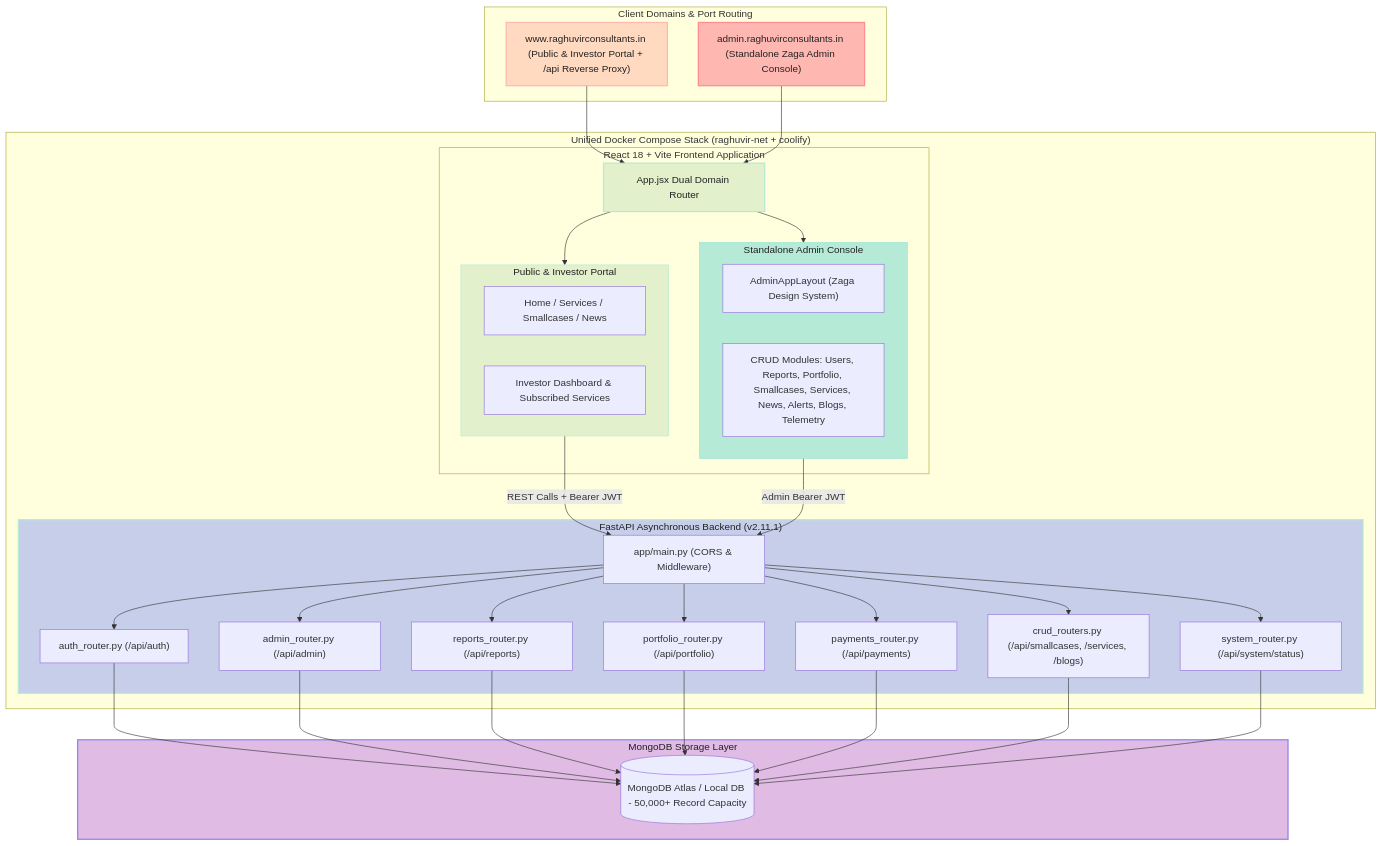
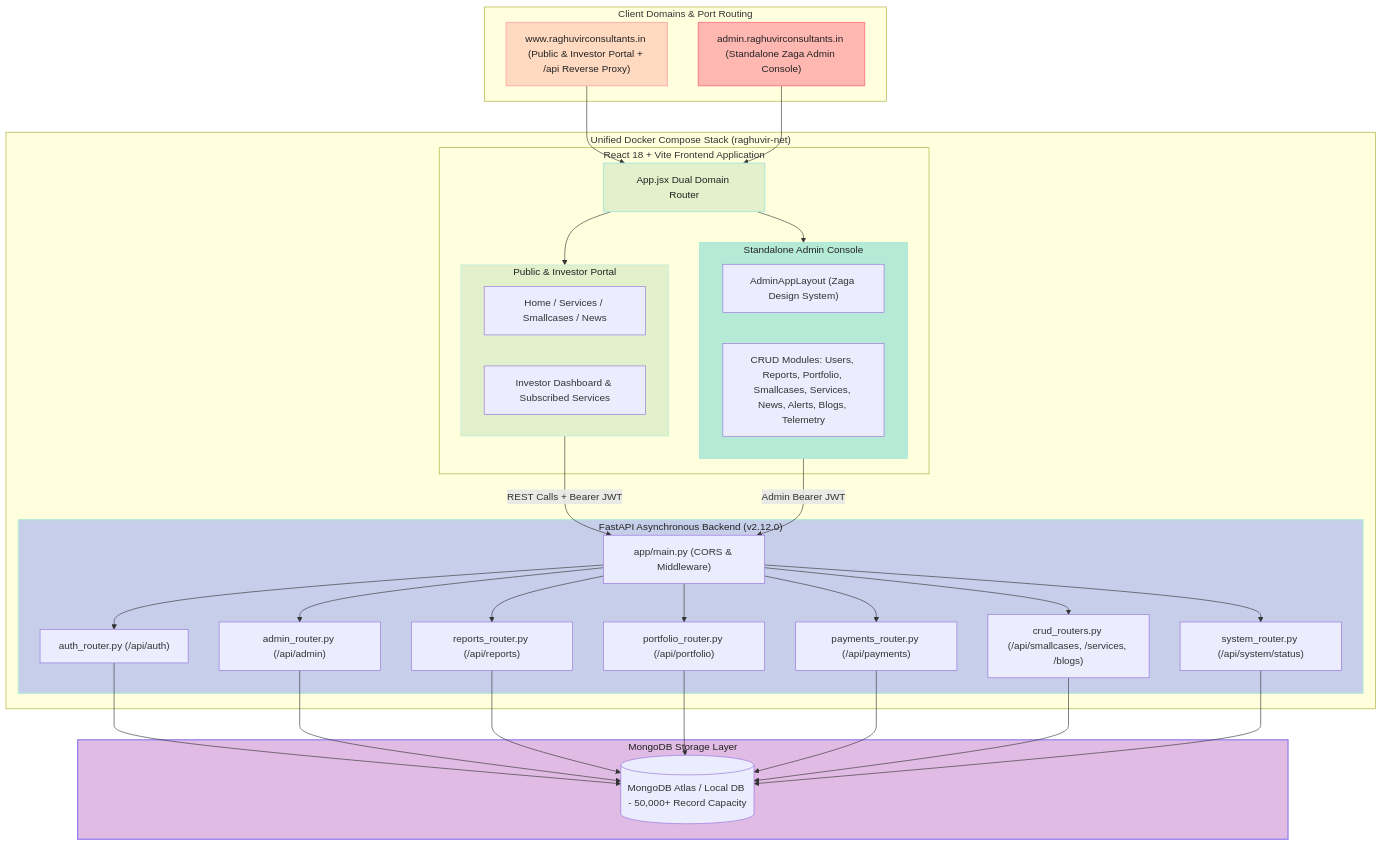
The first of 2 diagrams in backend/docs/ARCHITECTURE.md (tejasrsuthar/raghuvirconsultants-site), drawn with Mermaid before and after one commit. The commit also changed other lines of this file and 8 other files, not shown here.

Commit message:
feat(orchestration): make docker-compose 100% cloud and vendor agnostic, bump version to 2.12.0

````diff
--- a/backend/docs/ARCHITECTURE.md
+++ b/backend/docs/ARCHITECTURE.md
@@ -14,72 +14,72 @@
 ```mermaid
 graph TD
     subgraph ClientDomains["Client Domains & Port Routing"]
         PublicDomain["www.raghuvirconsultants.in (Public & Investor Portal + /api Reverse Proxy)"]
         AdminDomain["admin.raghuvirconsultants.in (Standalone Zaga Admin Console)"]
     end
 
-    subgraph ComposeStack["Unified Docker Compose Stack (raghuvir-net + coolify)"]
+    subgraph ComposeStack["Unified Docker Compose Stack (raghuvir-net)"]
         subgraph ReactFrontend["React 18 + Vite Frontend Application"]
             AppRouter["App.jsx Dual Domain Router"]
             
             subgraph PublicPortal["Public & Investor Portal"]
               PublicViews["Home / Services / Smallcases / News"]
               InvestorPortal["Investor Dashboard & Subscribed Services"]
             end
 
             subgraph ZagaAdmin["Standalone Admin Console"]
               AdminLayout["AdminAppLayout (Zaga Design System)"]
               AdminModules["CRUD Modules: Users, Reports, Portfolio, Smallcases, Services, News, Alerts, Blogs, Telemetry"]
             end
         end
 
-        subgraph FastAPIServer["FastAPI Asynchronous Backend (v2.11.1)"]
+        subgraph FastAPIServer["FastAPI Asynchronous Backend (v2.12.0)"]
             API["app/main.py (CORS & Middleware)"]
             AuthRouter["auth_router.py (/api/auth)"]
             AdminRouter["admin_router.py (/api/admin)"]
             ReportsRouter["reports_router.py (/api/reports)"]
             PortfolioRouter["portfolio_router.py (/api/portfolio)"]
             PaymentsRouter["payments_router.py (/api/payments)"]
             CRUDRouters["crud_routers.py (/api/smallcases, /services, /blogs)"]
             SystemRouter["system_router.py (/api/system/status)"]
         end
     end
 
     subgraph DataStore["MongoDB Storage Layer"]
         MongoDB[(MongoDB Atlas / Local DB - 50,000+ Record Capacity)]
     end
 
     PublicDomain --> AppRouter
     AdminDomain --> AppRouter
 
     AppRouter --> PublicPortal
     AppRouter --> ZagaAdmin
 
     PublicPortal -->|REST Calls + Bearer JWT| API
     ZagaAdmin -->|Admin Bearer JWT| API
 
     API --> AuthRouter
     API --> AdminRouter
     API --> ReportsRouter
     API --> PortfolioRouter
     API --> PaymentsRouter
     API --> CRUDRouters
     API --> SystemRouter
 
     AuthRouter --> MongoDB
     AdminRouter --> MongoDB
     ReportsRouter --> MongoDB
     PortfolioRouter --> MongoDB
     PaymentsRouter --> MongoDB
     CRUDRouters --> MongoDB
     SystemRouter --> MongoDB
 
     %% Pastel Color Palette Styling
     style PublicDomain fill:#FFDAC1,stroke:#FFB7B2,stroke-width:2px,color:#222;
     style AdminDomain fill:#FFB7B2,stroke:#FF8B94,stroke-width:2px,color:#222;
     style AppRouter fill:#E2F0CB,stroke:#B5EAD7,stroke-width:2px,color:#222;
     style PublicPortal fill:#E2F0CB,stroke:#B5EAD7,stroke-width:1px,color:#222;
     style ZagaAdmin fill:#B5EAD7,stroke:#93E1D8,stroke-width:1px,color:#222;
     style FastAPIServer fill:#C7CEEA,stroke:#B5EAD7,stroke-width:2px,color:#222;
     style DataStore fill:#E0BBE4,stroke:#957FEF,stroke-width:2px,color:#222;
 ```
````
